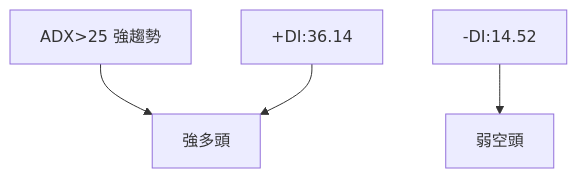
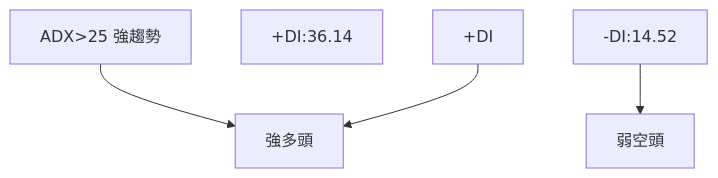
One commit to yennanliu/finance_data changed the third of 9 diagrams in ai_gen_report/stock/nvda/technical_analysis_2026-05-17_openai.md. Above: the diagram before and after it, drawn with Mermaid. The commit also changed other lines of this file and 2258 other files, not shown here.

First line of the commit message:
chore: backfill Mermaid syntax repair across existing reports

````diff
--- a/ai_gen_report/stock/nvda/technical_analysis_2026-05-17_openai.md
+++ b/ai_gen_report/stock/nvda/technical_analysis_2026-05-17_openai.md
@@ -145,9 +145,9 @@
 ```mermaid
 graph TD
     ADX["ADX>25 強趨勢"]
     +DI["+DI:36.14"]
     -DI["-DI:14.52"]
     ADX --> 強多頭
-    +DI --> 強多頭
+    nb1["+DI"] --> 強多頭
     -DI --> 弱空頭
 ```
````
